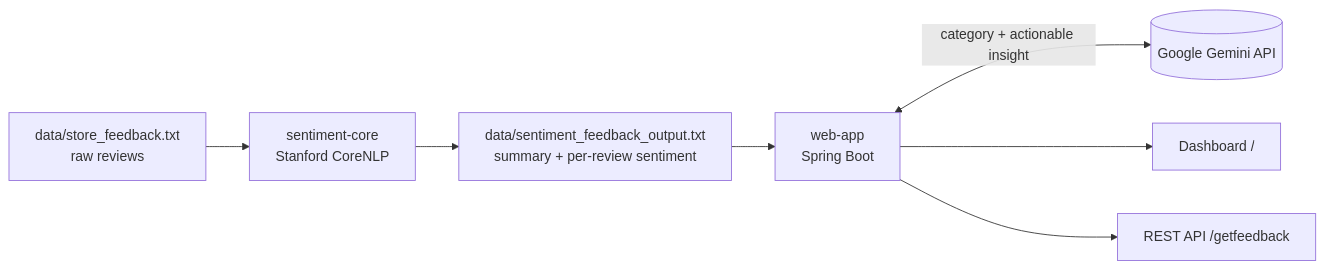
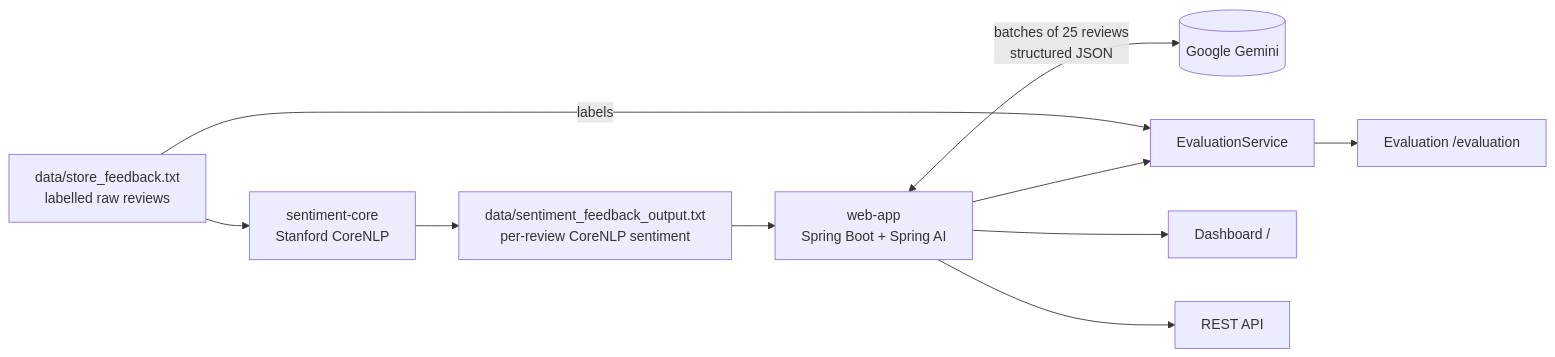
One commit to Ilham9675/retail-feedback-insights changed the diagram in README.md. Above: the diagram before and after it, drawn with Mermaid. The commit also changed other lines of this file and 18 other files, not shown here.

First line of the commit message:
Phase 1: Spring AI ChatClient, batched structured output and model evaluation

````diff
--- a/README.md
+++ b/README.md
@@ -11,9 +25,12 @@
 ```mermaid
 flowchart LR
-    A[data/store_feedback.txt<br/>raw reviews] --> B[sentiment-core<br/>Stanford CoreNLP]
-    B --> C[data/sentiment_feedback_output.txt<br/>summary + per-review sentiment]
-    C --> D[web-app<br/>Spring Boot]
-    D <-->|category + actionable insight| E[(Google Gemini API)]
+    A[data/store_feedback.txt<br/>labelled raw reviews] --> B[sentiment-core<br/>Stanford CoreNLP]
+    B --> C[data/sentiment_feedback_output.txt<br/>per-review CoreNLP sentiment]
+    C --> D[web-app<br/>Spring Boot + Spring AI]
+    D <-->|batches of 25 reviews<br/>structured JSON| E[(Google Gemini)]
+    A -->|labels| H[EvaluationService]
+    D --> H
     D --> F[Dashboard /]
-    D --> G[REST API /getfeedback]
+    H --> I[Evaluation /evaluation]
+    D --> G[REST API]
 ```
````
